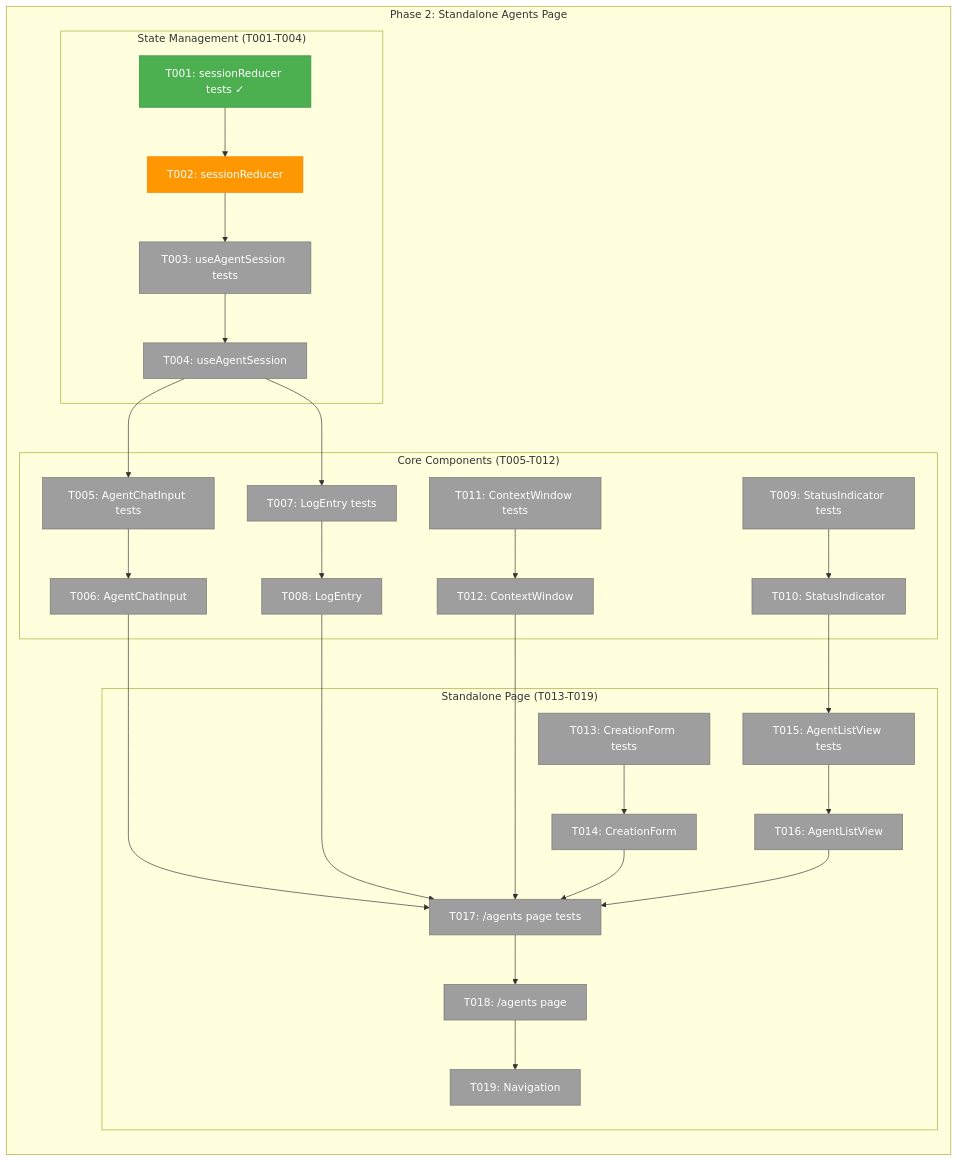
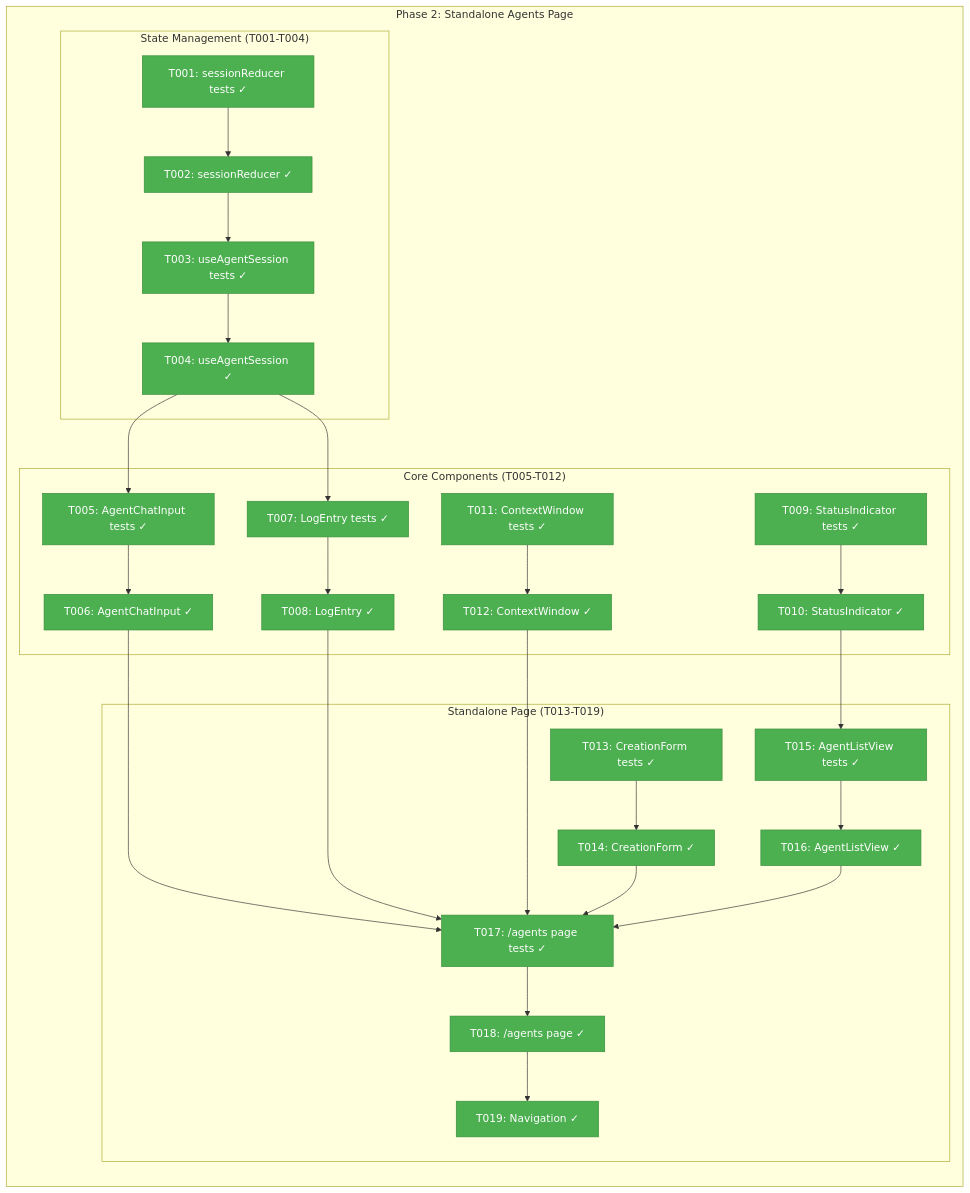
One commit to AI-Substrate/chainglass changed the first of 3 diagrams in docs/plans/012-web-agents/tasks/phase-2-core-chat/tasks.md. Above: the diagram before and after it, drawn with Mermaid. The commit also changed other lines of this file and 21 other files, not shown here.

````diff
--- a/docs/plans/012-web-agents/tasks/phase-2-core-chat/tasks.md
+++ b/docs/plans/012-web-agents/tasks/phase-2-core-chat/tasks.md
@@ -113,57 +113,57 @@
 ```mermaid
 flowchart TD
     classDef pending fill:#9E9E9E,stroke:#757575,color:#fff
     classDef inprogress fill:#FF9800,stroke:#F57C00,color:#fff
     classDef completed fill:#4CAF50,stroke:#388E3C,color:#fff
 
     subgraph Phase["Phase 2: Standalone Agents Page"]
         direction TB
 
         subgraph Hooks["State Management (T001-T004)"]
             T001["T001: sessionReducer tests ✓"]:::completed
-            T002["T002: sessionReducer"]:::inprogress
-            T003["T003: useAgentSession tests"]:::pending
-            T004["T004: useAgentSession"]:::pending
+            T002["T002: sessionReducer ✓"]:::completed
+            T003["T003: useAgentSession tests ✓"]:::completed
+            T004["T004: useAgentSession ✓"]:::completed
             T001 --> T002 --> T003 --> T004
         end
 
         subgraph Core["Core Components (T005-T012)"]
-            T005["T005: AgentChatInput tests"]:::pending
-            T006["T006: AgentChatInput"]:::pending
-            T007["T007: LogEntry tests"]:::pending
-            T008["T008: LogEntry"]:::pending
-            T009["T009: StatusIndicator tests"]:::pending
-            T010["T010: StatusIndicator"]:::pending
-            T011["T011: ContextWindow tests"]:::pending
-            T012["T012: ContextWindow"]:::pending
+            T005["T005: AgentChatInput tests ✓"]:::completed
+            T006["T006: AgentChatInput ✓"]:::completed
+            T007["T007: LogEntry tests ✓"]:::completed
+            T008["T008: LogEntry ✓"]:::completed
+            T009["T009: StatusIndicator tests ✓"]:::completed
+            T010["T010: StatusIndicator ✓"]:::completed
+            T011["T011: ContextWindow tests ✓"]:::completed
+            T012["T012: ContextWindow ✓"]:::completed
 
             T005 --> T006
             T007 --> T008
             T009 --> T010
             T011 --> T012
         end
 
         subgraph Page["Standalone Page (T013-T019)"]
-            T013["T013: CreationForm tests"]:::pending
-            T014["T014: CreationForm"]:::pending
-            T015["T015: AgentListView tests"]:::pending
-            T016["T016: AgentListView"]:::pending
-            T017["T017: /agents page tests"]:::pending
-            T018["T018: /agents page"]:::pending
-            T019["T019: Navigation"]:::pending
+            T013["T013: CreationForm tests ✓"]:::completed
+            T014["T014: CreationForm ✓"]:::completed
+            T015["T015: AgentListView tests ✓"]:::completed
+            T016["T016: AgentListView ✓"]:::completed
+            T017["T017: /agents page tests ✓"]:::completed
+            T018["T018: /agents page ✓"]:::completed
+            T019["T019: Navigation ✓"]:::completed
 
             T013 --> T014
             T015 --> T016
             T017 --> T018 --> T019
         end
 
         T004 --> T005
         T004 --> T007
         T006 --> T017
         T008 --> T017
         T010 --> T015
         T012 --> T017
         T014 --> T017
         T016 --> T017
     end
 ```
````
